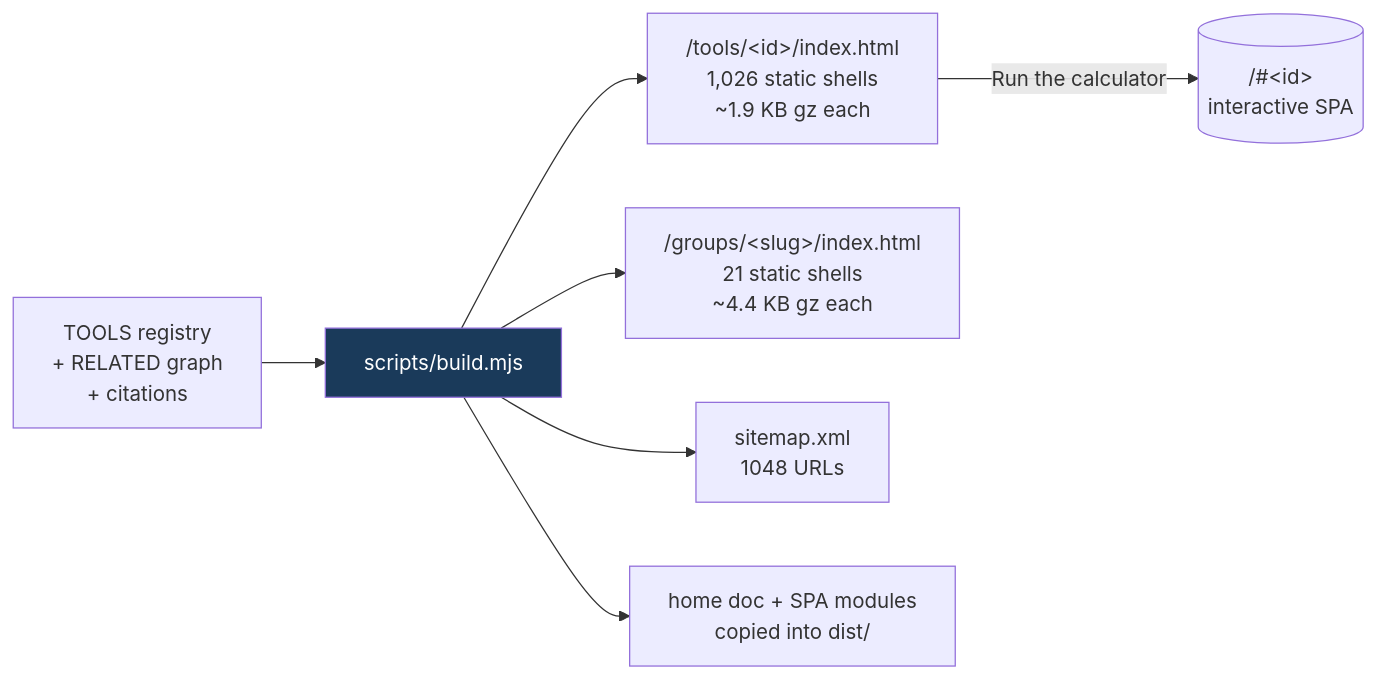
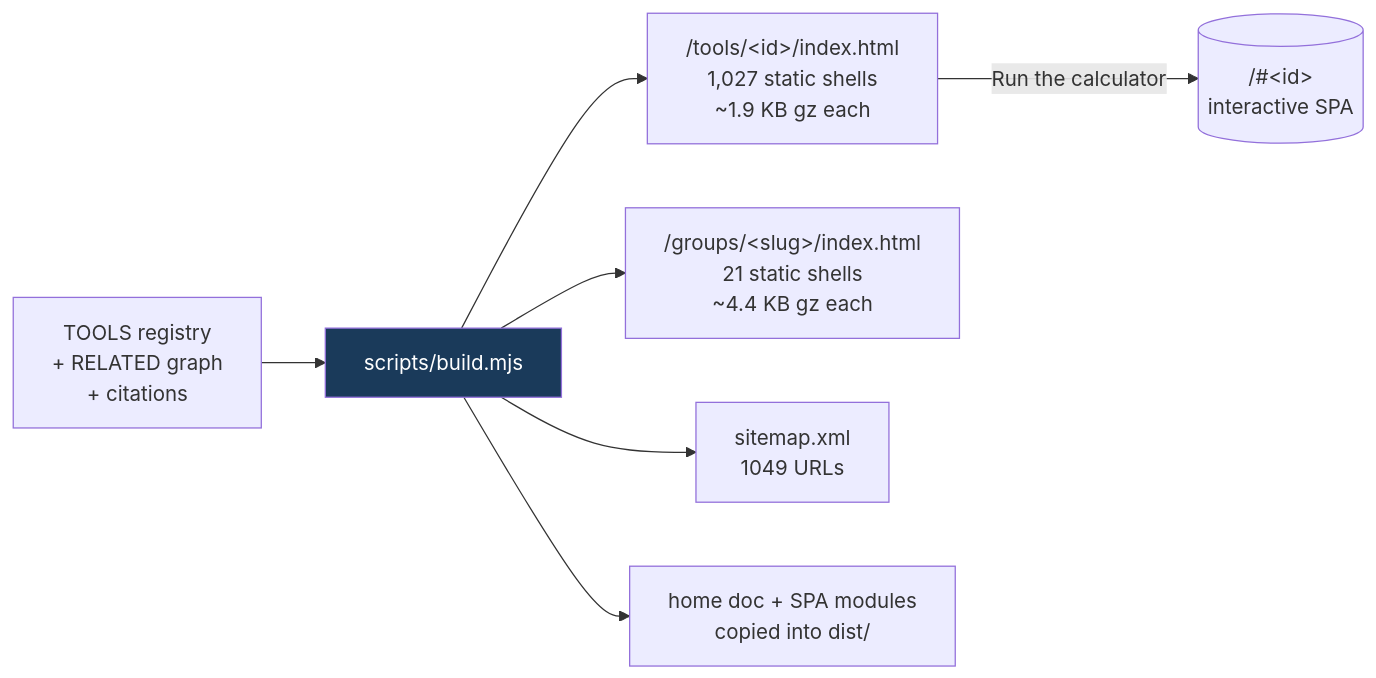
The fifth of 8 diagrams in README.md (clay-good/roughlogic.com), drawn with Mermaid before and after one commit. The commit also changed other lines of this file and 13 other files, not shown here.

````diff
--- a/README.md
+++ b/README.md
@@ -495,10 +495,10 @@
 ```mermaid
 flowchart LR
     SRC[TOOLS registry\n+ RELATED graph\n+ citations] --> BUILD[scripts/build.mjs]
-    BUILD --> TILE["/tools/&lt;id&gt;/index.html\n1,026 static shells\n~1.9 KB gz each"]
+    BUILD --> TILE["/tools/&lt;id&gt;/index.html\n1,027 static shells\n~1.9 KB gz each"]
     BUILD --> GROUP["/groups/&lt;slug&gt;/index.html\n21 static shells\n~4.4 KB gz each"]
-    BUILD --> MAP["sitemap.xml\n1048 URLs"]
+    BUILD --> MAP["sitemap.xml\n1049 URLs"]
     BUILD --> COPY[home doc + SPA modules\ncopied into dist/]
     TILE -->|Run the calculator| SPA[("/#&lt;id&gt;\ninteractive SPA")]
     style BUILD fill:#1a3a5a,color:#fff
 ```
````
